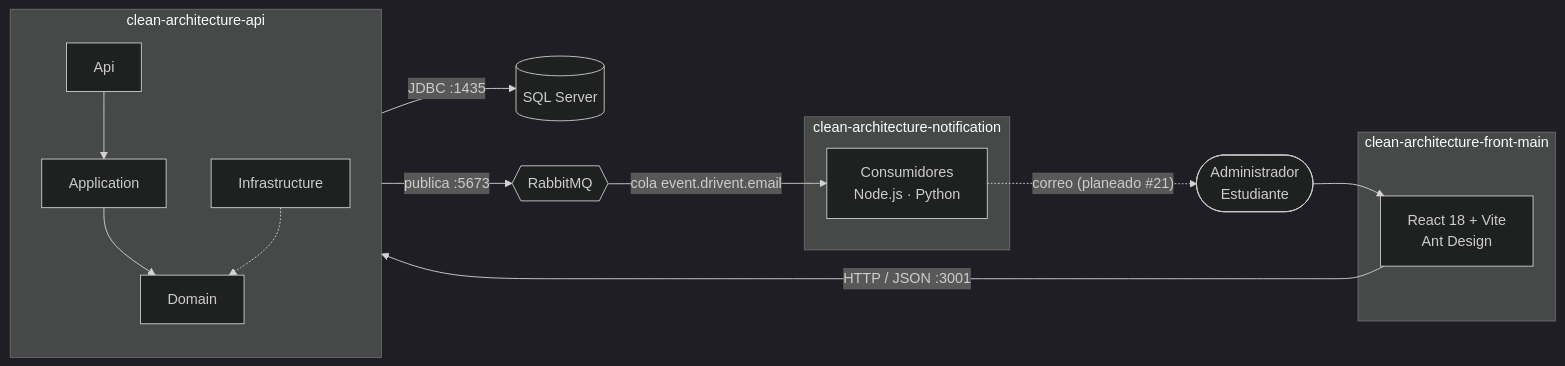
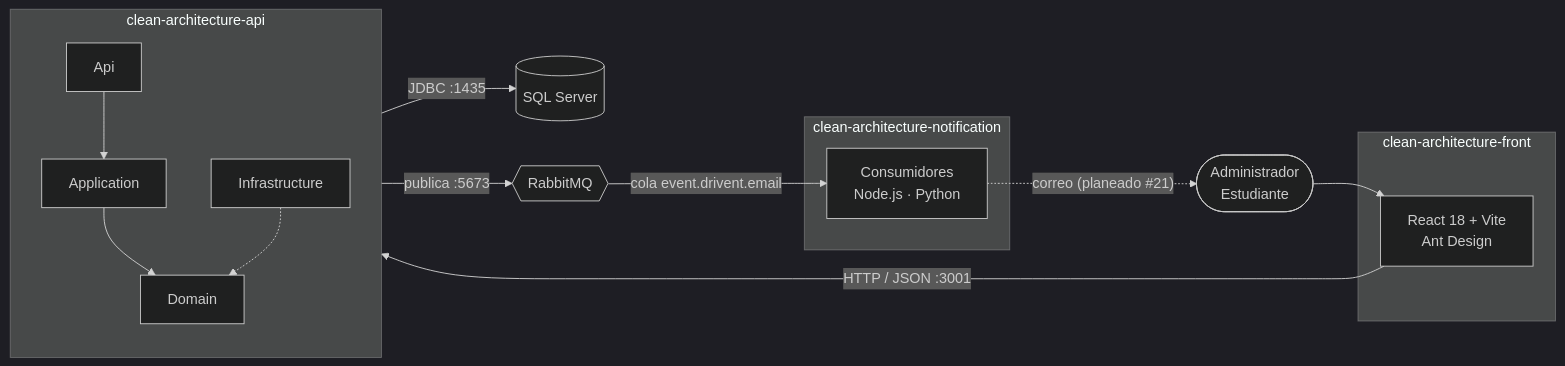
Before and after one commit to SemilleroSOLID/clean-architecture-api: the first of 5 diagrams in README.md, drawn with Mermaid (dark theme). The commit also changed other lines of this file, not shown here.

Commit message:
docs: fix the link to the front repository

````diff
--- a/README.md
+++ b/README.md
@@ -69,24 +69,24 @@
 ```mermaid
 flowchart LR
     U([Administrador<br/>Estudiante]) --> F
 
-    subgraph front["clean-architecture-front-main"]
+    subgraph front["clean-architecture-front"]
         F["React 18 + Vite<br/>Ant Design"]
     end
 
     subgraph api["clean-architecture-api"]
         direction TB
         A1[Api] --> A2[Application] --> A3[Domain]
         A4[Infrastructure] -.-> A3
     end
 
     subgraph notif["clean-architecture-notification"]
         C["Consumidores<br/>Node.js · Python"]
     end
 
     F -- "HTTP / JSON :3001" --> A1
     A4 -- "JDBC :1435" --> DB[(SQL Server)]
     A4 -- "publica :5673" --> MQ{{RabbitMQ}}
     MQ -- "cola event.drivent.email" --> C
     C -. "correo (planeado #21)" .-> U
 ```
````
